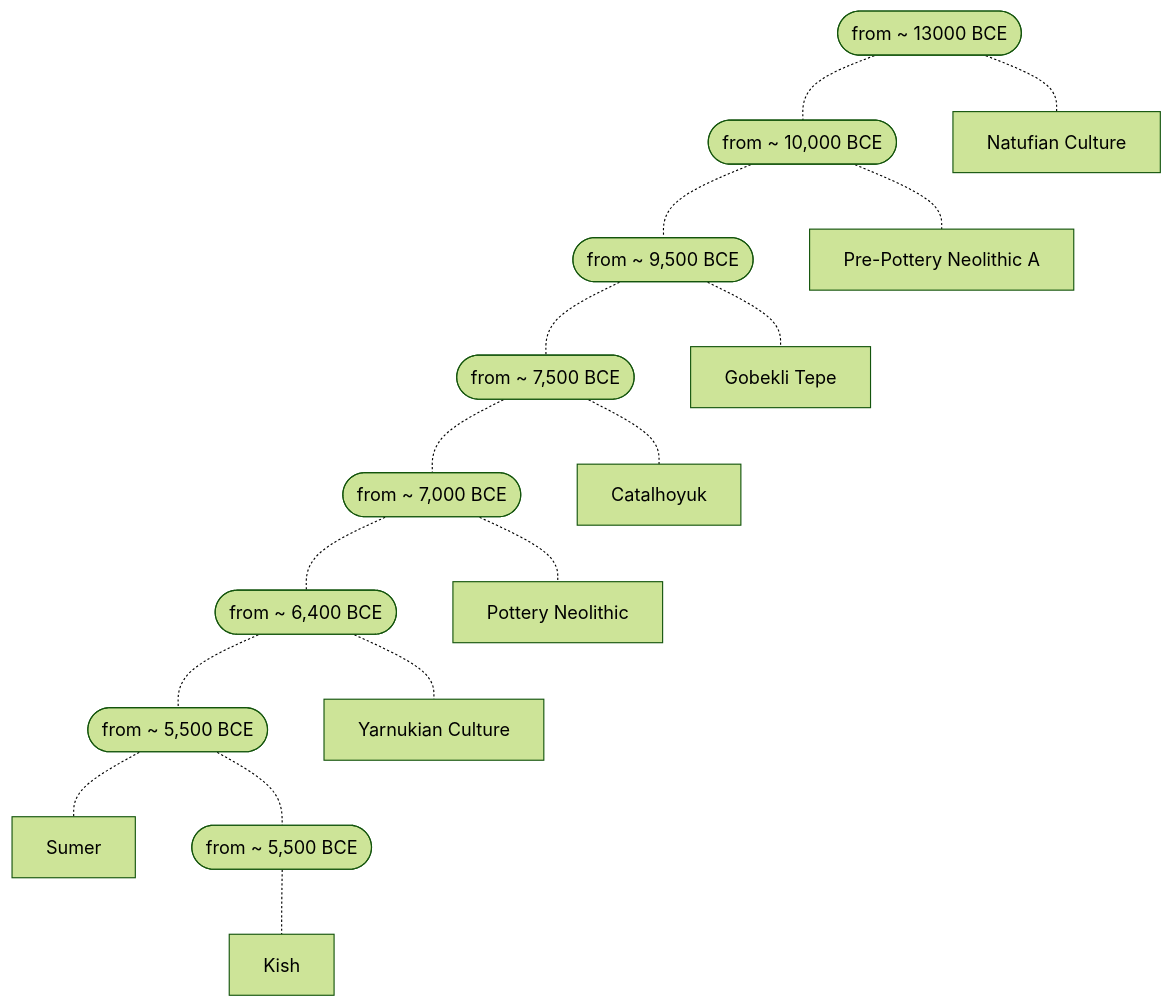
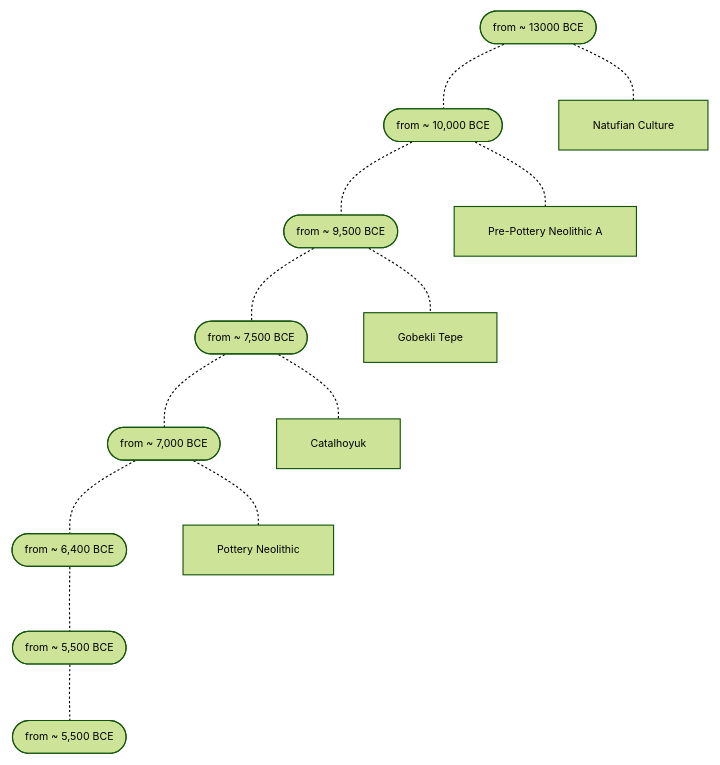
The first of 2 diagrams in 0000_General/timeline_v1.01.md (joe-dorward/samples), drawn with Mermaid before and after one commit. The commit also changed other lines of this file, not shown here.

````diff
--- a/0000_General/timeline_v1.01.md
+++ b/0000_General/timeline_v1.01.md
@@ -1,22 +1,25 @@
 ```mermaid
-%%{init: { 'theme':'forest', 'themeVariables': { 'fontSize':'7' } }}%%
+%%{init: { 'theme':'forest', 'themeVariables': { 'fontSize':'7pt' } }}%%
 flowchart TD
     %% ========== ========== ========== ========== ==========
-    13000([from ~ 13000 BCE])-.-NATUFIAN_[Natufian Culture]
-    10000([from ~ 10,000 BCE])-.-PRE_POTTERY_NEOLITHIC_A[Pre-Pottery Neolithic A]
-    9500([from ~ 9,500 BCE])-.-GOBEKLI_TEPE[Gobekli Tepe]
-    7500([from ~ 7,500 BCE])-.-CATALHOYUK[Catalhoyuk]
-    7000([from ~ 7,000 BCE])-.-POTTERY_NEOLITHIC[Pottery Neolithic]
-    6400([from ~ 6,400 BCE])-.-YARNUKIAN["Yarnukian Culture"]
-    5500([from ~ 5,500 BCE])-.-SUMER[Sumer] 
-    5500_KISH([from ~ 5,500 BCE])-.-KISH[Kish]
+    13000([from ~ 13000 BCE])-.-
+    10000([from ~ 10,000 BCE])-.-
+    9500([from ~ 9,500 BCE])-.-
+    7500([from ~ 7,500 BCE])-.-
+    7000([from ~ 7,000 BCE])-.-
+    6400([from ~ 6,400 BCE])-.-
+    5500_SUMER([from ~ 5,500 BCE])-.-
+    5500_KISH([from ~ 5,500 BCE])
 
-    13000-.-
-    10000-.-
-    9500-.-
-    7500-.-
-    7000-.-
-    6400-.-
-    5500-.-
-    5500_KISH
+    NATUFIAN[Natufian Culture]
+    PRE_POTTERY_NEOLITHIC_A[Pre-Pottery Neolithic A]
+    GOBEKLI_TEPE[Gobekli Tepe]
+    CATALHOYUK[Catalhoyuk]
+    POTTERY_NEOLITHIC[Pottery Neolithic]
+
+    13000-.-NATUFIAN
+    10000-.-PRE_POTTERY_NEOLITHIC_A
+    9500-.-GOBEKLI_TEPE
+    7500-.-CATALHOYUK
+    7000-.-POTTERY_NEOLITHIC
 ```
````
